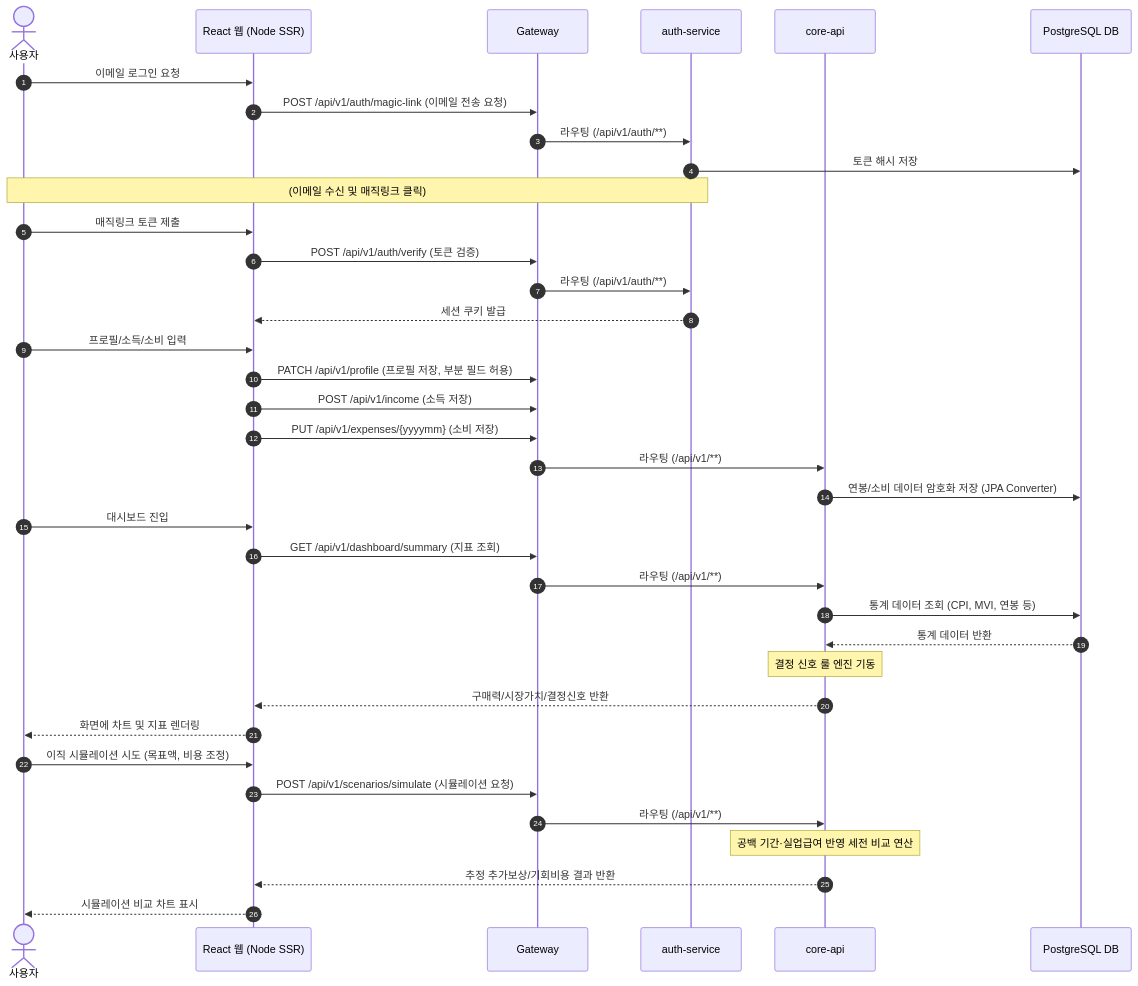
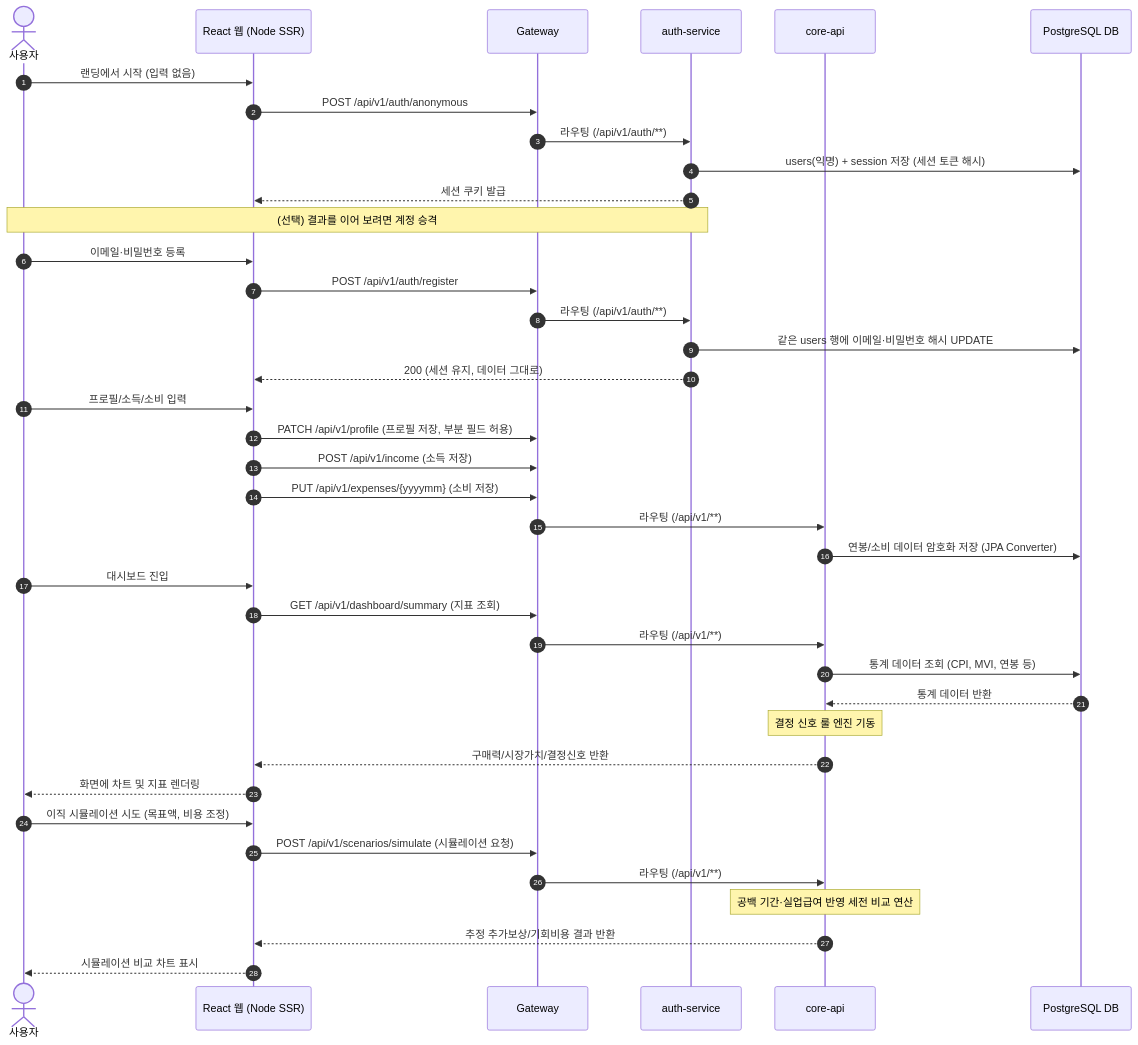
One commit to SeoHyeokGyu/Carix changed the fifth of 5 diagrams in docs/specs/application-workflow.md. Above: the diagram before and after it, drawn with Mermaid. The commit also changed other lines of this file and 8 other files, not shown here.

````diff
--- a/docs/specs/application-workflow.md
+++ b/docs/specs/application-workflow.md
@@ -182,40 +182,42 @@
 ```mermaid
 sequenceDiagram
     autonumber
     actor User as 사용자
     participant Web as React 웹 (Node SSR)
     participant GW as Gateway
     participant Auth as auth-service
     participant Core as core-api
     participant DB as PostgreSQL DB
 
-    User->>Web: 이메일 로그인 요청
-    Web->>GW: POST /api/v1/auth/magic-link (이메일 전송 요청)
+    User->>Web: 랜딩에서 시작 (입력 없음)
+    Web->>GW: POST /api/v1/auth/anonymous
     GW->>Auth: 라우팅 (/api/v1/auth/**)
-    Auth->>DB: 토큰 해시 저장
-    Note over User, Auth: (이메일 수신 및 매직링크 클릭)
-    User->>Web: 매직링크 토큰 제출
-    Web->>GW: POST /api/v1/auth/verify (토큰 검증)
+    Auth->>DB: users(익명) + session 저장 (세션 토큰 해시)
+    Auth-->>Web: 세션 쿠키 발급
+    Note over User, Auth: (선택) 결과를 이어 보려면 계정 승격
+    User->>Web: 이메일·비밀번호 등록
+    Web->>GW: POST /api/v1/auth/register
     GW->>Auth: 라우팅 (/api/v1/auth/**)
-    Auth-->>Web: 세션 쿠키 발급
+    Auth->>DB: 같은 users 행에 이메일·비밀번호 해시 UPDATE
+    Auth-->>Web: 200 (세션 유지, 데이터 그대로)
     User->>Web: 프로필/소득/소비 입력
     Web->>GW: PATCH /api/v1/profile (프로필 저장, 부분 필드 허용)
     Web->>GW: POST /api/v1/income (소득 저장)
     Web->>GW: PUT /api/v1/expenses/{yyyymm} (소비 저장)
     GW->>Core: 라우팅 (/api/v1/**)
     Core->>DB: 연봉/소비 데이터 암호화 저장 (JPA Converter)
     User->>Web: 대시보드 진입
     Web->>GW: GET /api/v1/dashboard/summary (지표 조회)
     GW->>Core: 라우팅 (/api/v1/**)
     Core->>DB: 통계 데이터 조회 (CPI, MVI, 연봉 등)
     DB-->>Core: 통계 데이터 반환
     Note over Core: 결정 신호 룰 엔진 기동
     Core-->>Web: 구매력/시장가치/결정신호 반환
     Web-->>User: 화면에 차트 및 지표 렌더링
     User->>Web: 이직 시뮬레이션 시도 (목표액, 비용 조정)
     Web->>GW: POST /api/v1/scenarios/simulate (시뮬레이션 요청)
     GW->>Core: 라우팅 (/api/v1/**)
     Note over Core: 공백 기간·실업급여 반영 세전 비교 연산
     Core-->>Web: 추정 추가보상/기회비용 결과 반환
     Web-->>User: 시뮬레이션 비교 차트 표시
 ```
````
